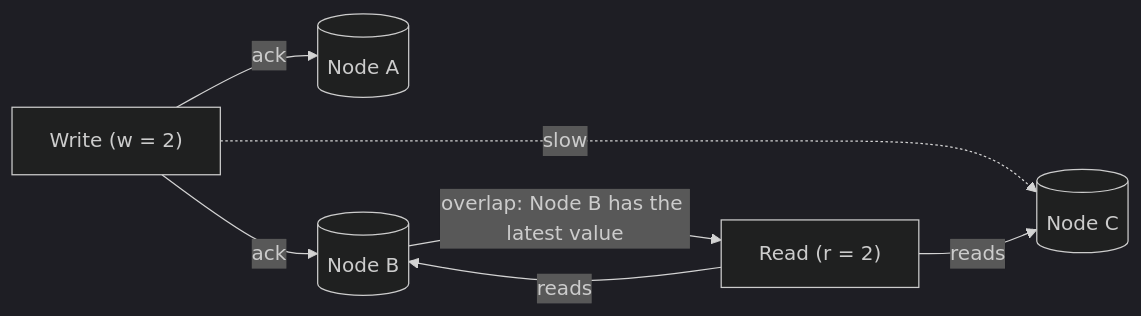
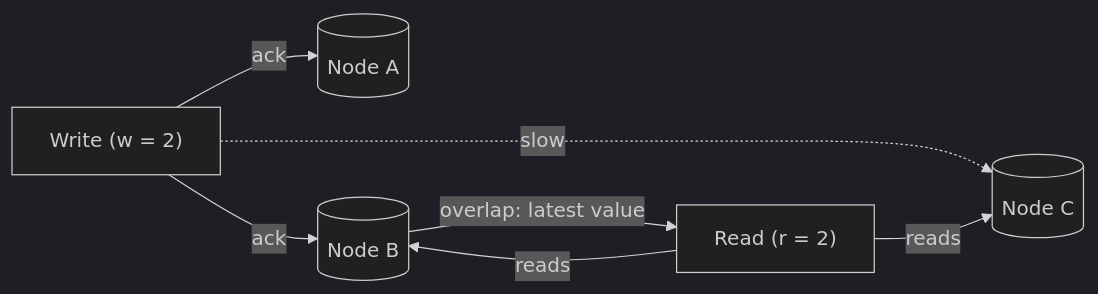
Before and after one commit to aaryan-pradhan/core-cs-fundamentals: the diagram in hld/19-leaderless-replication.md, drawn with Mermaid (dark theme). The commit also changed other lines of this file, not shown here.

````diff
--- a/hld/19-leaderless-replication.md
+++ b/hld/19-leaderless-replication.md
@@ -67,9 +23,9 @@
 ```mermaid
 flowchart LR
     W["Write (w = 2)"] -->|"ack"| A[("Node A")]
     W -->|"ack"| B[("Node B")]
     W -.->|"slow"| Cn[("Node C")]
     R["Read (r = 2)"] -->|"reads"| B
     R -->|"reads"| Cn
-    B -->|"overlap: Node B has the latest value"| R
+    B -->|"overlap: latest value"| R
 ```
````
